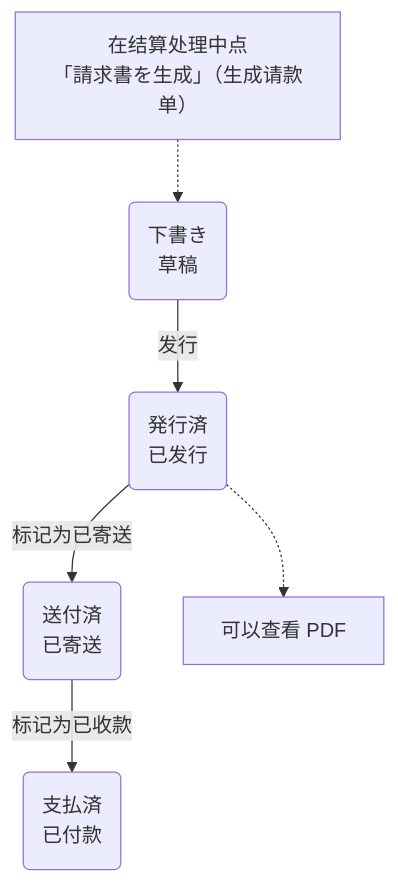
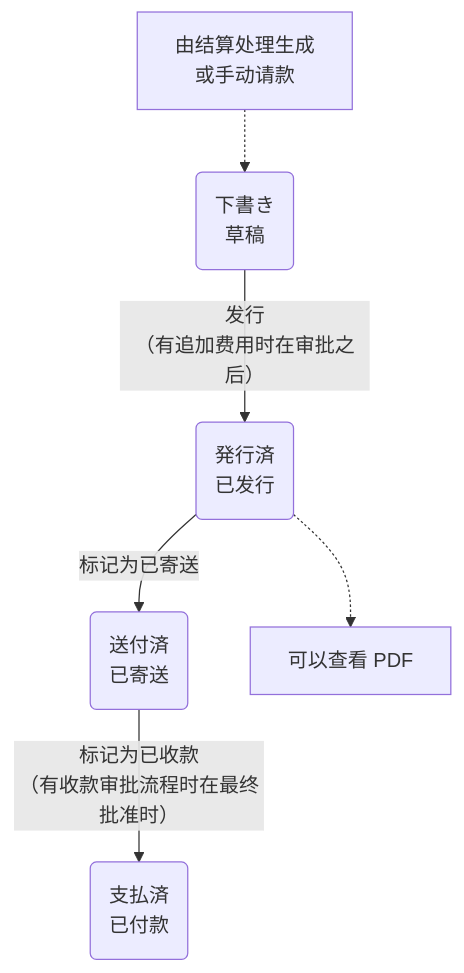
Before and after one commit to Kuisin/ckk-tool-v3: the diagram in coolify/apps/nextjs-web/content/manual/operations/billing/invoice/user.zh.md, drawn with Mermaid. The commit also changed other lines of this file and 137 other files, not shown here.

````diff
--- a/coolify/apps/nextjs-web/content/manual/operations/billing/invoice/user.zh.md
+++ b/coolify/apps/nextjs-web/content/manual/operations/billing/invoice/user.zh.md
@@ -75,8 +77,8 @@
 ```mermaid
 flowchart TD
-  bc["在结算处理中点<br/>「請求書を生成」（生成请款单）"] -.-> draft("下書き<br/>草稿"):::gray
-  draft -->|"发行"| iss("発行済<br/>已发行"):::blue
+  bc["由结算处理生成<br/>或手动请款"] -.-> draft("下書き<br/>草稿"):::gray
+  draft -->|"发行<br/>（有追加费用时在审批之后）"| iss("発行済<br/>已发行"):::blue
   iss -->|"标记为已寄送"| sent("送付済<br/>已寄送"):::violet
-  sent -->|"标记为已收款"| paid("支払済<br/>已付款"):::green
+  sent -->|"标记为已收款<br/>（有收款审批流程时在最终批准时）"| paid("支払済<br/>已付款"):::green
   iss -.-> pdf["可以查看 PDF"]
 ```
````
